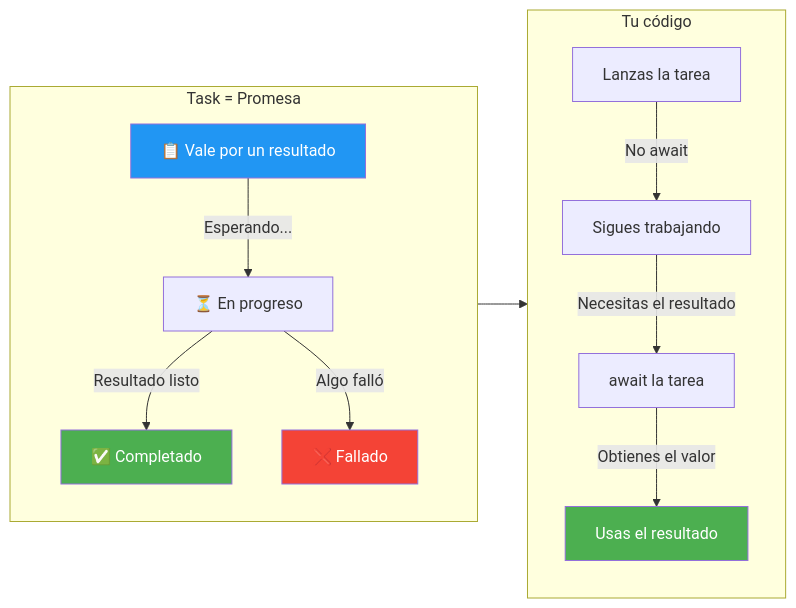
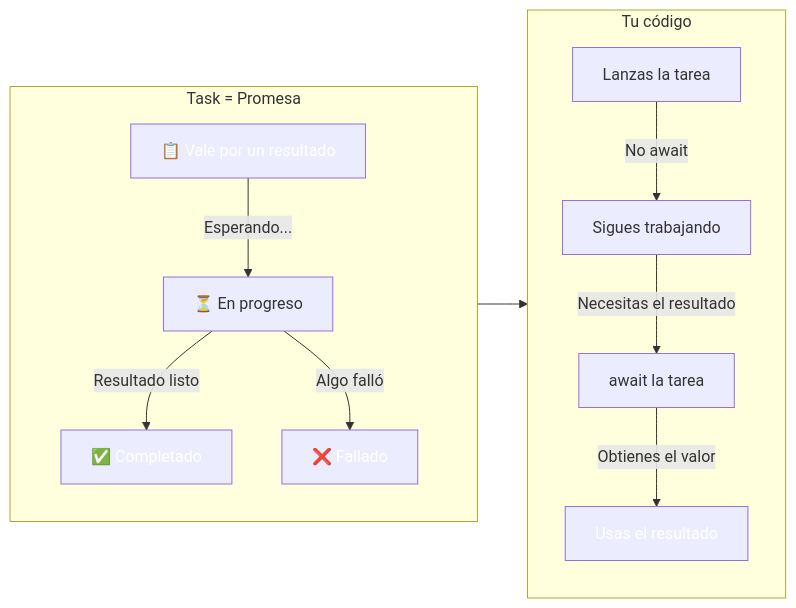
Before and after one commit to joseluisgs/DesarrolloWebEntornosServidor-01-2026-2027: diagram 19 of 21 in 16-concurrencia-asincronia.md, drawn with Mermaid. The commit also changed other lines of this file and 66 other files, not shown here.

First line of the commit message:
fix: normalizar titulos al castellano de frase y corregir la paleta de mermaid

````diff
--- a/16-concurrencia-asincronia.md
+++ b/16-concurrencia-asincronia.md
@@ -833,21 +833,21 @@
 ```mermaid
 graph LR
     subgraph PROMESA["Task = Promesa"]
         A["📋 Vale por un resultado"] -->|"Esperando..."| B["⏳ En progreso"]
         B -->|"Resultado listo"| C["✅ Completado"]
         B -->|"Algo falló"| D["❌ Fallado"]
     end
 
     subgraph CODIGO["Tu código"]
         E["Lanzas la tarea"] -->|"No await"| F["Sigues trabajando"]
         F -->|"Necesitas el resultado"| G["await la tarea"]
         G -->|"Obtienes el valor"| H["Usas el resultado"]
     end
 
     PROMESA --> CODIGO
 
-    style A fill:#2196F3,color:#fff
-    style C fill:#4CAF50,color:#fff
-    style D fill:#f44336,color:#fff
-    style H fill:#4CAF50,color:#fff
+    style A fill:#2196F,color:#fff3,color:#fff
+    style C fill:#4CAF5,color:#fff0,color:#fff
+    style D fill:#f4433,color:#fff6,color:#fff
+    style H fill:#4CAF5,color:#fff0,color:#fff
 ```
````
